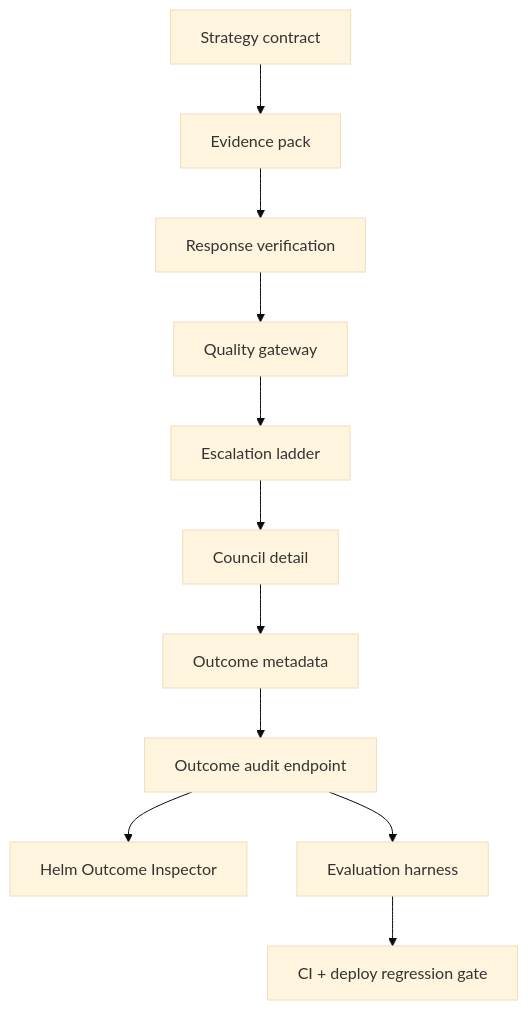
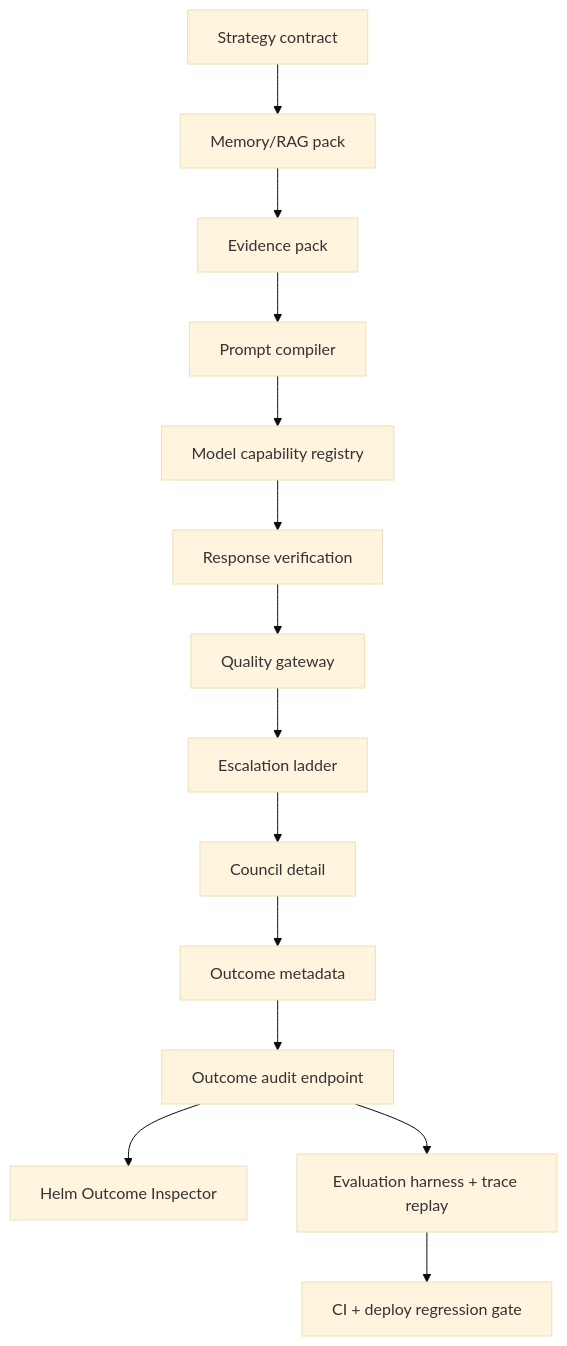
One commit to kphaas/jarvis-alpha changed the second of 2 diagrams in docs/audit/AT0_CHAT_QUALITY_ARCHITECTURE_GAP_LEDGER_2026-07-09.md. Above: the diagram before and after it, drawn with Mermaid (base theme). The commit also changed other lines of this file and 8 other files, not shown here.

Commit message:
feat(chat): add model registry and trace replay evals (#685)

````diff
--- a/docs/audit/AT0_CHAT_QUALITY_ARCHITECTURE_GAP_LEDGER_2026-07-09.md
+++ b/docs/audit/AT0_CHAT_QUALITY_ARCHITECTURE_GAP_LEDGER_2026-07-09.md
@@ -28,13 +28,16 @@
 ```mermaid
 flowchart TD
-    S["Strategy contract"] --> C["Evidence pack"]
-    C --> V["Response verification"]
+    S["Strategy contract"] --> M["Memory/RAG pack"]
+    M --> C["Evidence pack"]
+    C --> P["Prompt compiler"]
+    P --> R["Model capability registry"]
+    R --> V["Response verification"]
     V --> Q["Quality gateway"]
     Q --> E["Escalation ladder"]
     E --> D["Council detail"]
     D --> O["Outcome metadata"]
     O --> A["Outcome audit endpoint"]
     A --> H["Helm Outcome Inspector"]
-    A --> EV["Evaluation harness"]
+    A --> EV["Evaluation harness + trace replay"]
     EV --> G["CI + deploy regression gate"]
 ```
````
